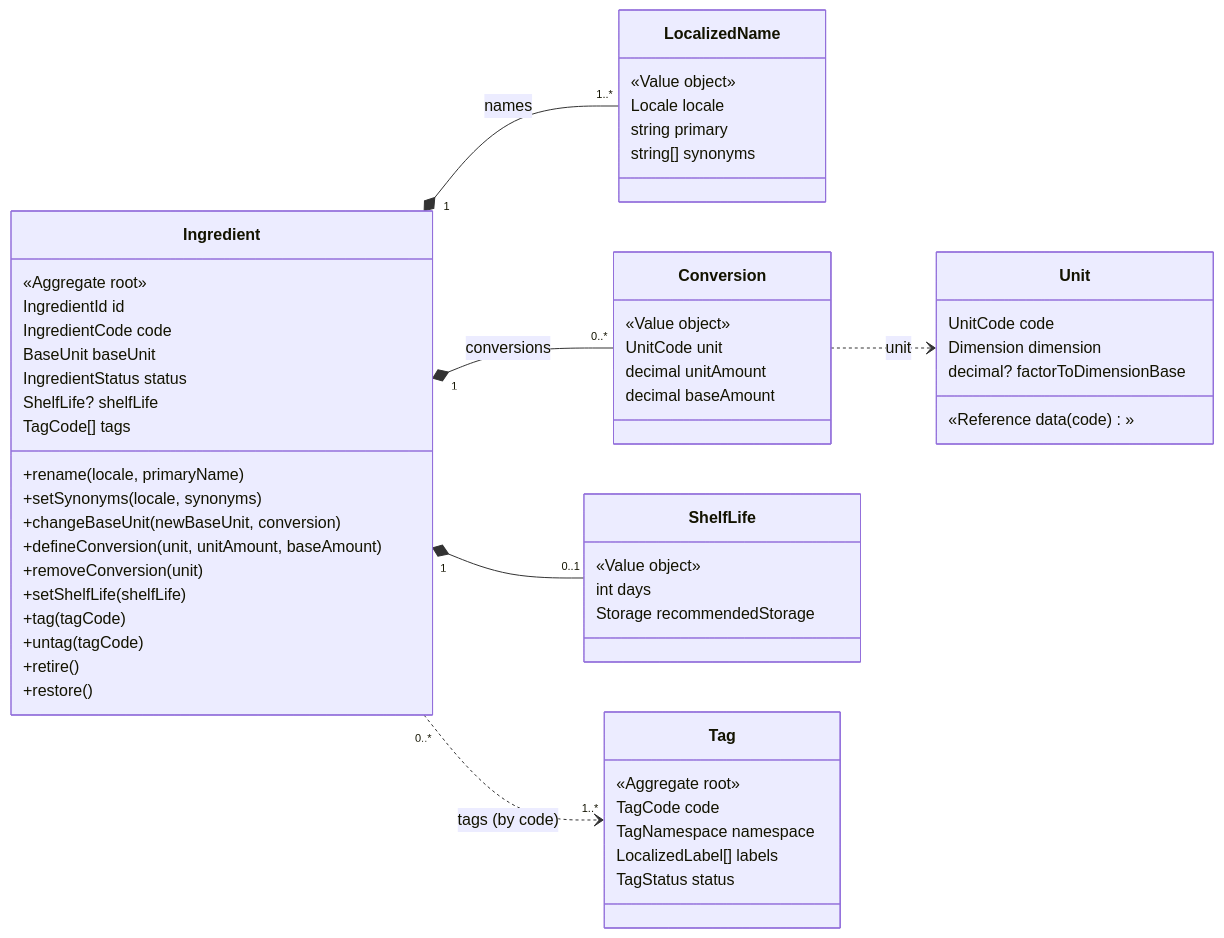
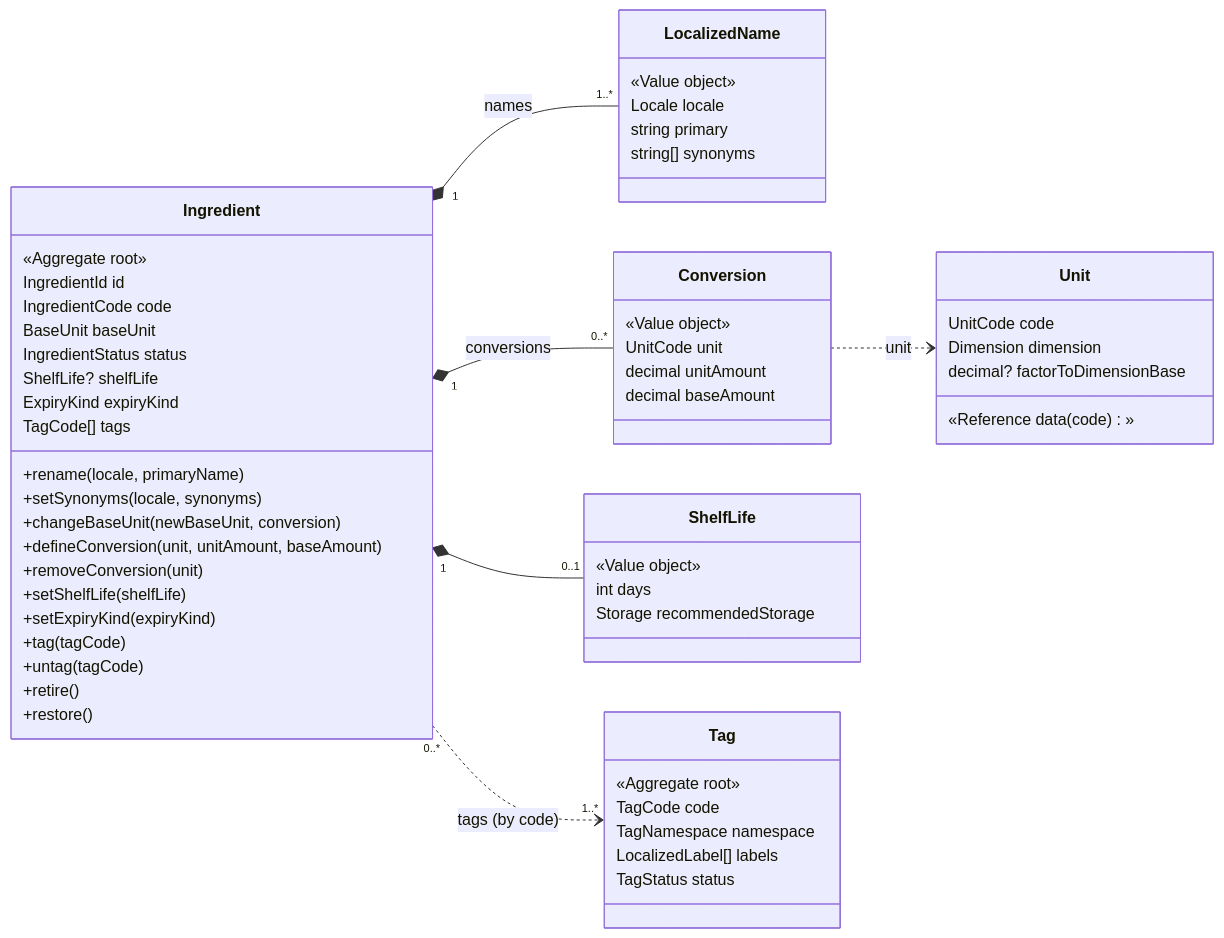
One commit to Raidvahkiin/cooquoi changed the diagram in docs/contexts/foodpedia/domain-model.md. Above: the diagram before and after it, drawn with Mermaid. The commit also changed other lines of this file and 5 other files, not shown here.

Commit message:
docs(pantry,foodpedia): unpantried stock to put away, expiry kind, optional expiry

````diff
--- a/docs/contexts/foodpedia/domain-model.md
+++ b/docs/contexts/foodpedia/domain-model.md
@@ -18,65 +18,67 @@
 ```mermaid
 classDiagram
   direction LR
 
   class Ingredient {
     «Aggregate root»
     IngredientId id
     IngredientCode code
     BaseUnit baseUnit
     IngredientStatus status
     ShelfLife? shelfLife
+    ExpiryKind expiryKind
     TagCode[] tags
     +rename(locale, primaryName)
     +setSynonyms(locale, synonyms)
     +changeBaseUnit(newBaseUnit, conversion)
     +defineConversion(unit, unitAmount, baseAmount)
     +removeConversion(unit)
     +setShelfLife(shelfLife)
+    +setExpiryKind(expiryKind)
     +tag(tagCode)
     +untag(tagCode)
     +retire()
     +restore()
   }
 
   class LocalizedName {
     «Value object»
     Locale locale
     string primary
     string[] synonyms
   }
 
   class Conversion {
     «Value object»
     UnitCode unit
     decimal unitAmount
     decimal baseAmount
   }
 
   class ShelfLife {
     «Value object»
     int days
     Storage recommendedStorage
   }
 
   class Tag {
     «Aggregate root»
     TagCode code
     TagNamespace namespace
     LocalizedLabel[] labels
     TagStatus status
   }
 
   class Unit {
     «Reference data (code)»
     UnitCode code
     Dimension dimension
     decimal? factorToDimensionBase
   }
 
   Ingredient "1" *-- "1..*" LocalizedName : names
   Ingredient "1" *-- "0..*" Conversion : conversions
   Ingredient "1" *-- "0..1" ShelfLife
   Ingredient "0..*" ..> "1..*" Tag : tags (by code)
   Conversion ..> Unit : unit
 ```
````
